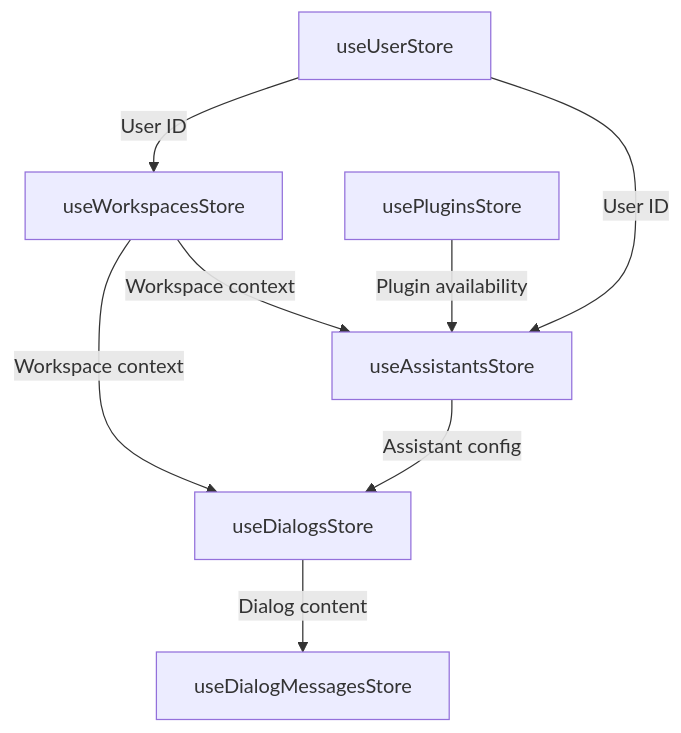
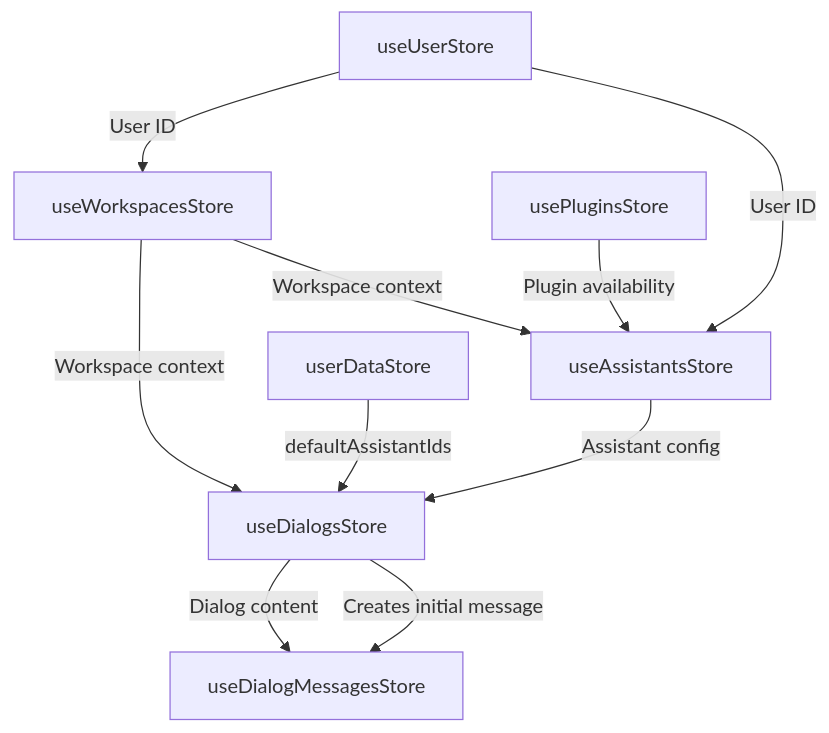
The fourth of 6 diagrams in src/docs/STORE_DIAGRAM.md (dasein108/AIaW), drawn with Mermaid before and after one commit. The commit also changed other lines of this file and 7 other files, not shown here.

Commit message:
refact: dialog store

````diff
--- a/src/docs/STORE_DIAGRAM.md
+++ b/src/docs/STORE_DIAGRAM.md
@@ -91,21 +93,26 @@
 ```mermaid
 flowchart TD
     %% Main stores
     UserStore[useUserStore]
     WorkspacesStore[useWorkspacesStore]
     AssistantsStore[useAssistantsStore]
     DialogsStore[useDialogsStore]
     PluginsStore[usePluginsStore]
-    
+    UserDataStore[userDataStore]
+    DialogMessagesStore[useDialogMessagesStore]
+
     %% Data flow
     UserStore -- "User ID" --> WorkspacesStore
     UserStore -- "User ID" --> AssistantsStore
-    
+
     WorkspacesStore -- "Workspace context" --> DialogsStore
     WorkspacesStore -- "Workspace context" --> AssistantsStore
-    
+
     AssistantsStore -- "Assistant config" --> DialogsStore
     PluginsStore -- "Plugin availability" --> AssistantsStore
-    
+
+    UserDataStore -- "defaultAssistantIds" --> DialogsStore
+
     DialogsStore -- "Dialog content" --> DialogMessagesStore[useDialogMessagesStore]
+    DialogsStore -- "Creates initial message" --> DialogMessagesStore
 ```
````
